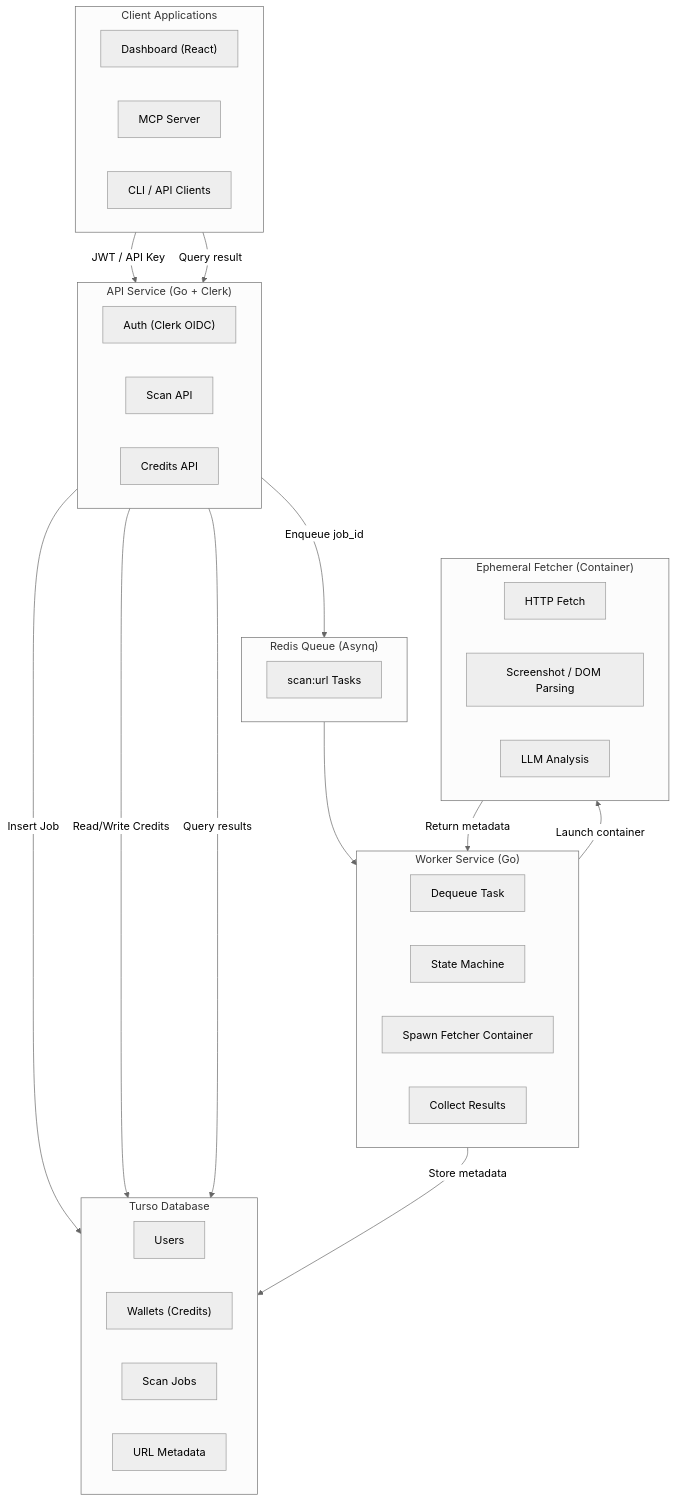
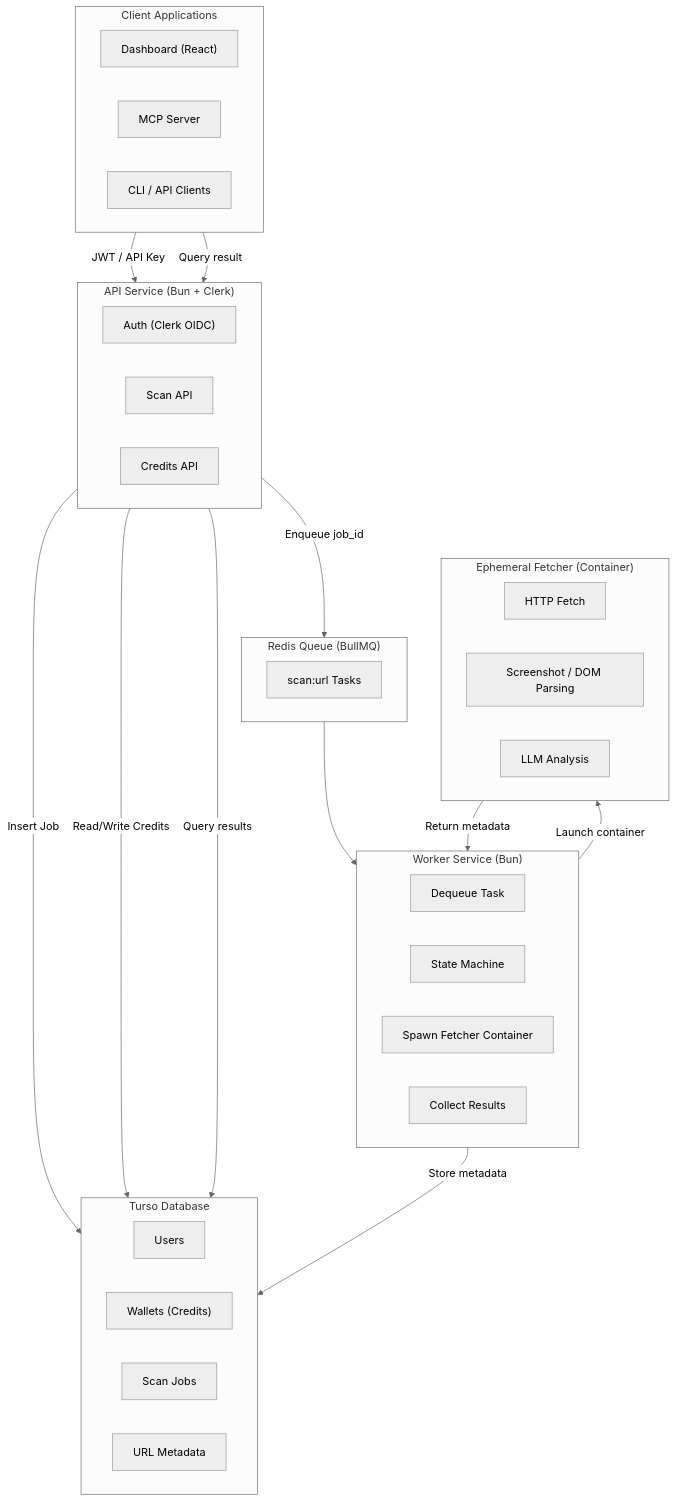
The first of 3 diagrams in README.md (safeurlai/safeurl), drawn with Mermaid (neutral theme) before and after one commit. The commit also changed other lines of this file, not shown here.

Commit message:
chore: revisit stack, use bun

````diff
--- a/README.md
+++ b/README.md
@@ -35,49 +35,49 @@
 ```mermaid
 flowchart TD
     subgraph CLIENT["Client Applications"]
         A1["Dashboard (React)"]
         A2["MCP Server"]
         A3["CLI / API Clients"]
     end
 
-    subgraph API["API Service (Go + Clerk)"]
+    subgraph API["API Service (Bun + Clerk)"]
         B1["Auth (Clerk OIDC)"]
         B2["Scan API"]
         B3["Credits API"]
     end
 
     subgraph DB["Turso Database"]
         C1["Users"]
         C2["Wallets (Credits)"]
         C3["Scan Jobs"]
         C4["URL Metadata"]
     end
 
-    subgraph QUEUE["Redis Queue (Asynq)"]
+    subgraph QUEUE["Redis Queue (BullMQ)"]
         D1["scan:url Tasks"]
     end
 
-    subgraph WORKER["Worker Service (Go)"]
+    subgraph WORKER["Worker Service (Bun)"]
         E1["Dequeue Task"]
         E2["State Machine"]
         E3["Spawn Fetcher Container"]
         E4["Collect Results"]
     end
 
     subgraph FETCHER["Ephemeral Fetcher (Container)"]
         F1["HTTP Fetch"]
         F2["Screenshot / DOM Parsing"]
         F3["LLM Analysis"]
     end
 
     CLIENT -->|JWT / API Key| API
     API -->|Insert Job| DB
     API -->|Read/Write Credits| DB
     API -->|Enqueue job_id| QUEUE
     API -->|Query results| DB
     QUEUE --> WORKER
     WORKER -->|Launch container| FETCHER
     FETCHER -->|Return metadata| WORKER
     WORKER -->|Store metadata| DB
     CLIENT -->|Query result| API
 ```
````
